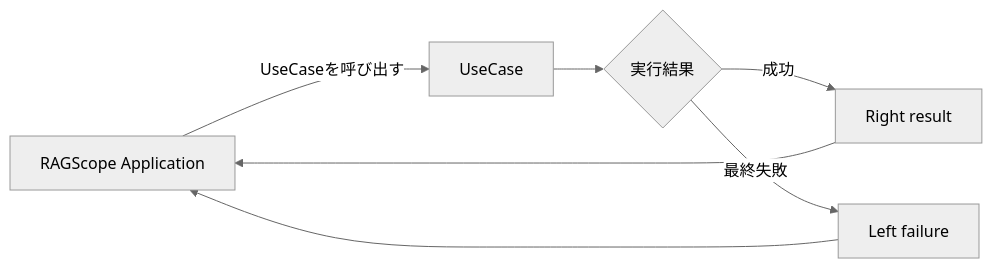
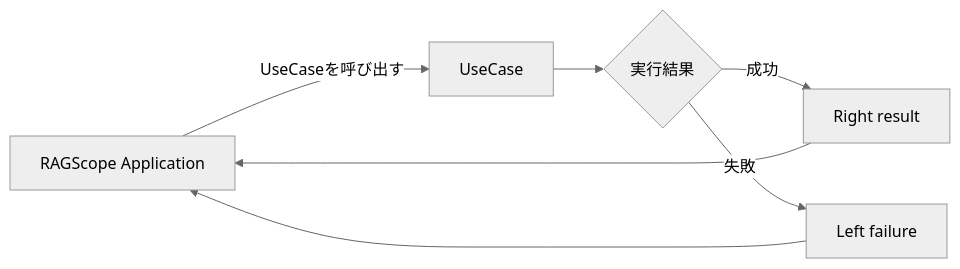
One commit to takashit16833/RAGScope changed the diagram in project-docs/design/ユースケース詳細設計.md. Above: the diagram before and after it, drawn with Mermaid (neutral theme). The commit also changed other lines of this file, not shown here.

````diff
--- a/project-docs/design/ユースケース詳細設計.md
+++ b/project-docs/design/ユースケース詳細設計.md
@@ -15,9 +15,9 @@
 ```mermaid
 flowchart LR
     Application["RAGScope Application"] -->|"UseCaseを呼び出す"| UseCase["UseCase"]
     UseCase --> Result{"実行結果"}
     Result -->|"成功"| Right["Right result"]
-    Result -->|"最終失敗"| Left["Left failure"]
+    Result -->|"失敗"| Left["Left failure"]
     Right --> Application
     Left --> Application
 ```
````
